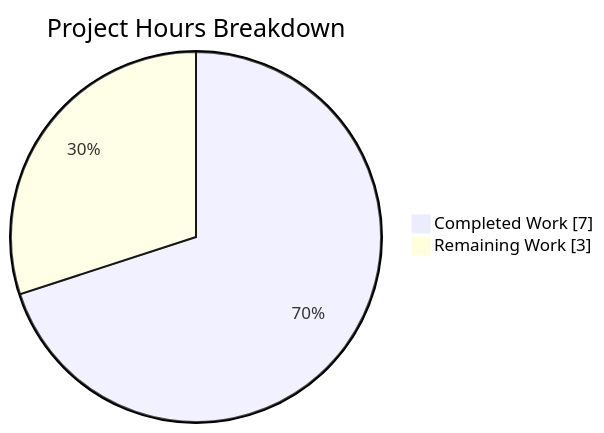
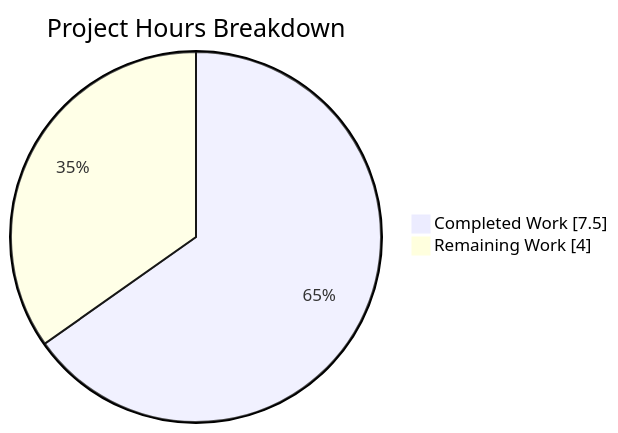
One commit to rjhonsi-blitzy/Simple_JS_1 changed the second of 2 diagrams in blitzy/documentation/Project Guide - d5d06770-1a28-4fee-846a-27d98a6d7cc0.md. Above: the diagram before and after it, drawn with Mermaid. The commit also changed other lines of this file, not shown here.

Commit message:
Adding Blitzy Project Guide: Project Status and Human Tasks Remaining

````diff
--- a/blitzy/documentation/Project Guide - d5d06770-1a28-4fee-846a-27d98a6d7cc0.md
+++ b/blitzy/documentation/Project Guide - d5d06770-1a28-4fee-846a-27d98a6d7cc0.md
@@ -162,6 +177,6 @@
 ```mermaid
 pie showData
     title Project Hours Breakdown
-    "Completed Work" : 7
-    "Remaining Work" : 3
+    "Completed Work" : 7.5
+    "Remaining Work" : 4
 ```
````
